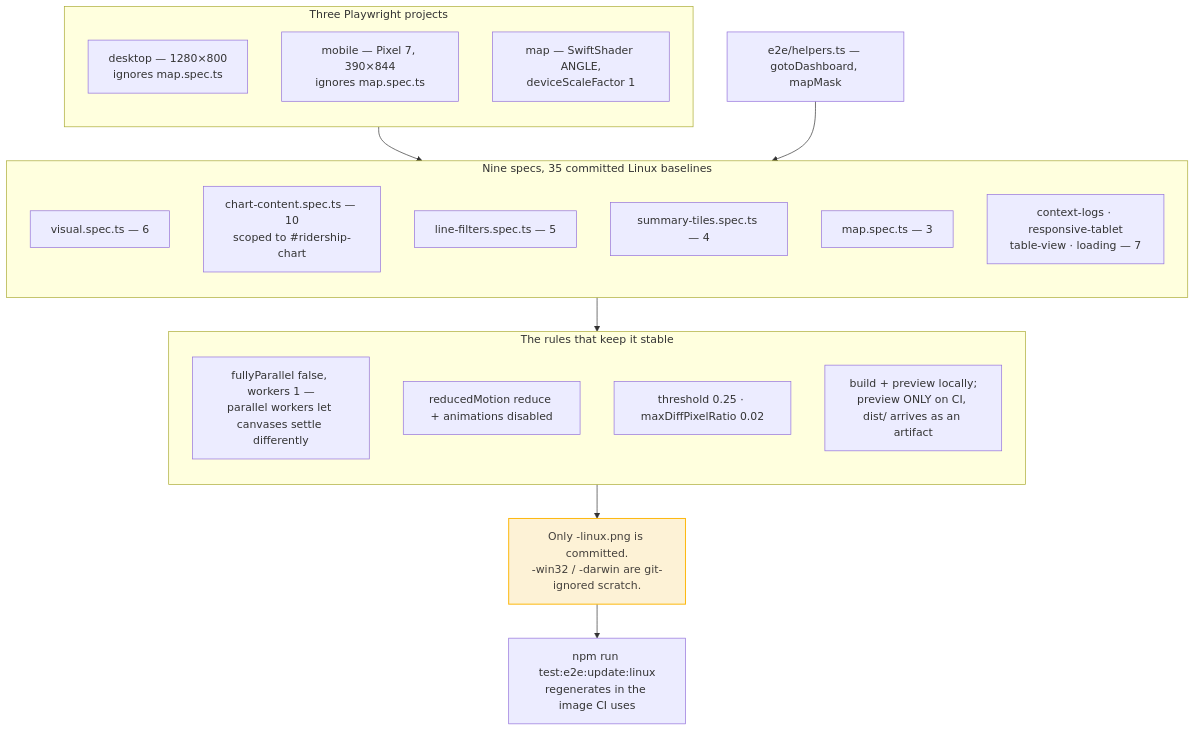
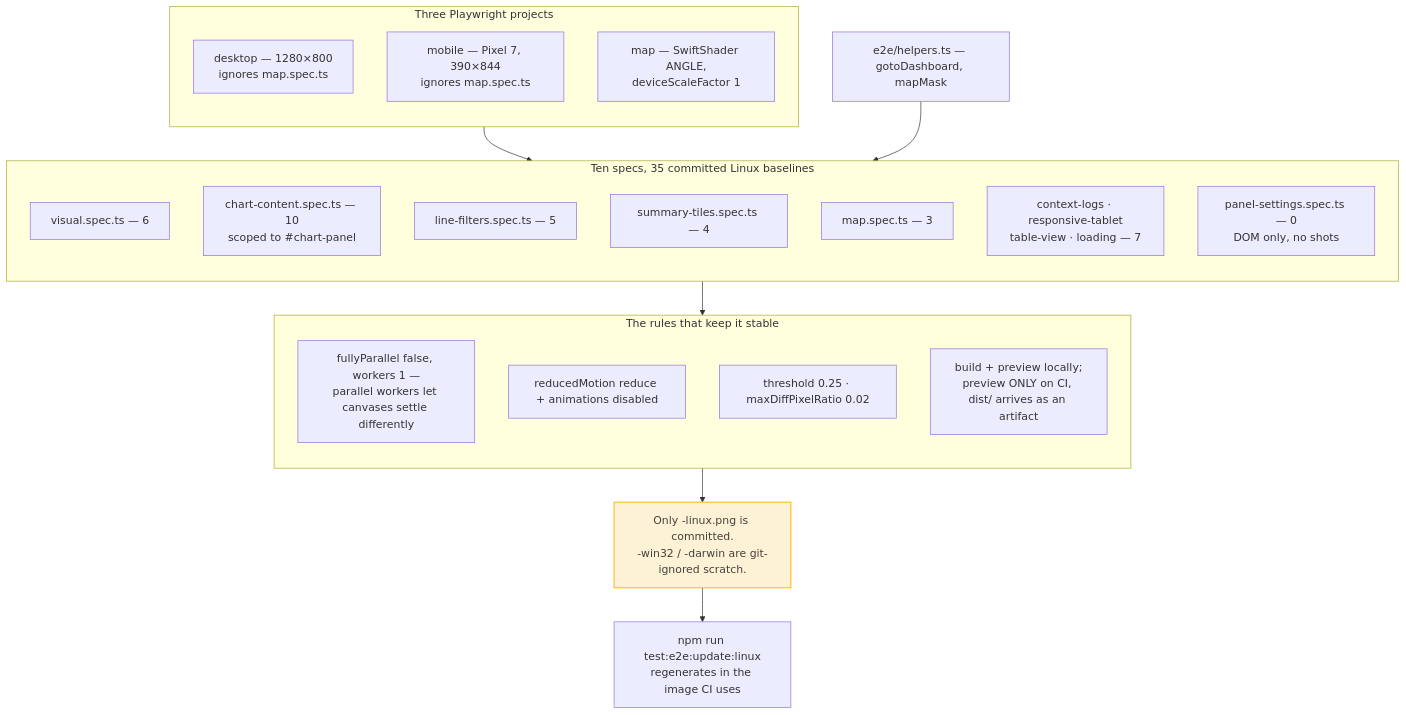
The diagram in docs/architecture/mermaid/18-test-visual-regression.mmd (streetsforall/metro_ridership_app), drawn with Mermaid before and after one commit. The commit also changed 32 other files, not shown here.

First line of the commit message:
feat(panels): add a Panel Settings section and settle the panel ids

```diff
--- a/docs/architecture/mermaid/18-test-visual-regression.mmd
+++ b/docs/architecture/mermaid/18-test-visual-regression.mmd
@@ -1,37 +1,38 @@
 flowchart TB
   subgraph projects["Three Playwright projects"]
     direction TB
     desktop["desktop — 1280×800<br/>ignores map.spec.ts"]
     mobile["mobile — Pixel 7, 390×844<br/>ignores map.spec.ts"]
     mapProj["map — SwiftShader ANGLE,<br/>deviceScaleFactor 1"]
   end
 
-  subgraph specs["Nine specs, 35 committed Linux baselines"]
+  subgraph specs["Ten specs, 35 committed Linux baselines"]
     direction TB
     s1["visual.spec.ts — 6"]
-    s2["chart-content.spec.ts — 10<br/>scoped to #ridership-chart"]
+    s2["chart-content.spec.ts — 10<br/>scoped to #chart-panel"]
     s3["line-filters.spec.ts — 5"]
     s4["summary-tiles.spec.ts — 4"]
     s5["map.spec.ts — 3"]
     s6["context-logs · responsive-tablet<br/>table-view · loading — 7"]
+    s7["panel-settings.spec.ts — 0<br/>DOM only, no shots"]
   end
 
   subgraph rules["The rules that keep it stable"]
     direction TB
     serial["fullyParallel false, workers 1 —<br/>parallel workers let canvases settle differently"]
     motion["reducedMotion reduce + animations disabled"]
     tol["threshold 0.25 · maxDiffPixelRatio 0.02"]
     server["build + preview locally;<br/>preview ONLY on CI, dist/ arrives as an artifact"]
   end
 
   helpers["e2e/helpers.ts — gotoDashboard, mapMask"]
   baselines["Only -linux.png is committed.<br/>-win32 / -darwin are git-ignored scratch."]
   regen["npm run test:e2e:update:linux<br/>regenerates in the image CI uses"]
 
   projects --> specs
   helpers --> specs
   specs --> rules
   rules --> baselines --> regen
 
   classDef pending fill:#fdf2d6,stroke:#fdb913,stroke-width:1.5px,color:#44403c
   class baselines pending
```
